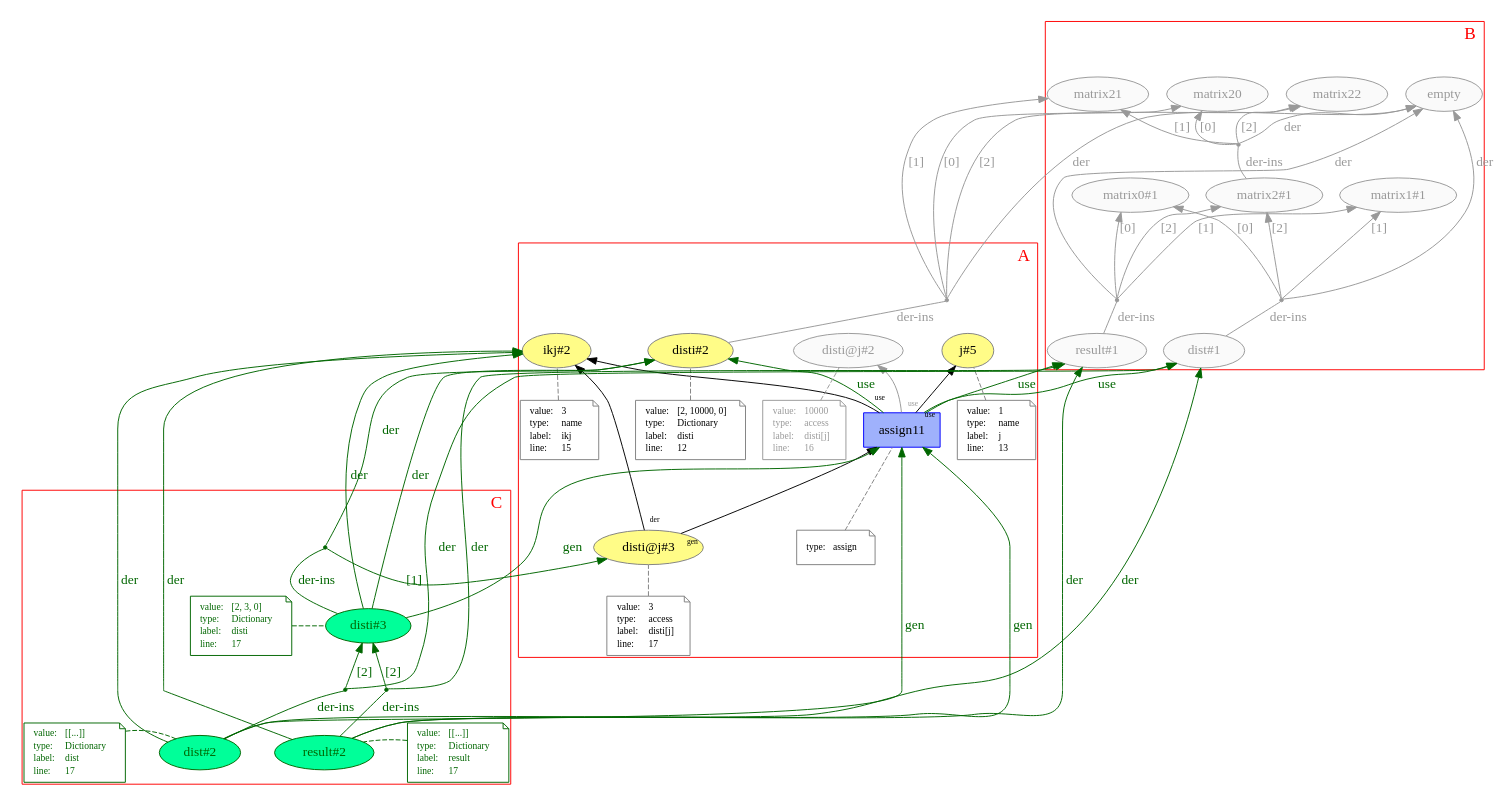
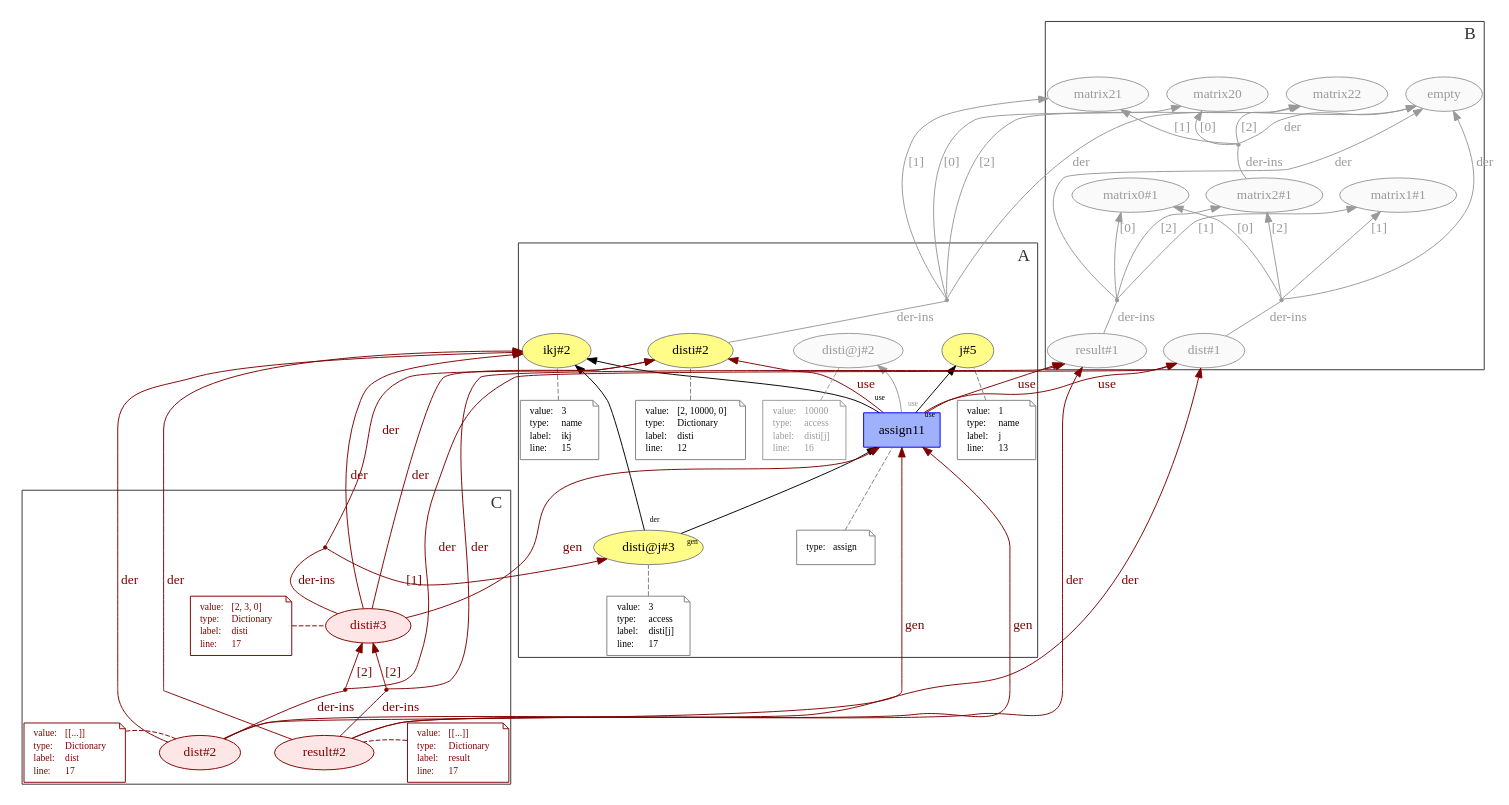
Before and after one commit to dew-uff/versioned-prov: the diagram in generated/paper/prov_dictionary.dot, drawn with Graphviz. The commit also changed 36 other files, not shown here.

```diff
--- a/generated/paper/prov_dictionary.dot
+++ b/generated/paper/prov_dictionary.dot
@@ -6,8 +6,8 @@
     labeljust="r"
     labelloc="b"
     margin="2"
-    color = "red"
-    fontcolor = "red"
+    color = "#333333"
+    fontcolor = "#333333"
     fontsize = "18"
     label = "A";
     "g/disti@j#3"; "g/disti@j#3-attrs"
@@ -26,8 +26,8 @@
     labeljust="r"
     labelloc="b"
     margin="2"
-    color = "red"
-    fontcolor = "red"
+    color = "#333333"
+    fontcolor = "#333333"
     fontsize = "18"
     label = "B";
     "g/matrix0#1"
@@ -49,8 +49,8 @@
     labeljust="r"
     labelloc="b"
     margin="2"
-    color = "red"
-    fontcolor = "red"
+    color = "#333333"
+    fontcolor = "#333333"
     fontsize = "18"
     label = "C";
     "g/disti#3"; "g/disti#3-attrs"
@@ -176,8 +176,8 @@
 	</TR>
 </TABLE>>]
 "g/disti@j#2-attrs" -> "g/disti@j#2" [color="#999999",style="dashed",arrowhead="none",fontcolor="#999999"]
-"g/disti#3" [fillcolor="#00ff99",color="#006600",style="filled",fontcolor="#006600",label="disti#3",URL="g/disti#3"]
-"g/disti#3-attrs" [color="#006600",shape="note",fontsize="10",fontcolor="#006600",label=<<TABLE cellpadding="0" border="0">
+"g/disti#3" [fillcolor="#ffe6e6",color="#800000",style="filled",fontcolor="#800000",label="disti#3",URL="g/disti#3"]
+"g/disti#3-attrs" [color="#800000",shape="note",fontsize="10",fontcolor="#800000",label=<<TABLE cellpadding="0" border="0">
 	<TR>
 	    <TD align="left">value:</TD>
 	    <TD align="left">[2, 3, 0]</TD>
@@ -195,15 +195,15 @@
 	    <TD align="left">17</TD>
 	</TR>
 </TABLE>>]
-"g/disti#3-attrs" -> "g/disti#3" [color="#006600",style="dashed",arrowhead="none",fontcolor="#006600"]
-"bn4" [shape="point",label="",fontcolor="#006600",color="#006600"]
-"g/disti#3" -> "bn4" [labelfontsize="8",labeldistance="1.5",color="#006600",labelangle="60.0",rotation="20",label="der-ins",arrowhead="none",fontcolor="#006600"]
-"bn4" -> "g/disti#2" [labelfontsize="8",labeldistance="1.5",color="#006600",labelangle="60.0",rotation="20",label="der",fontcolor="#006600"]
-"bn4" -> "g/disti@j#3" [labelfontsize="8",labeldistance="1.5",color="#006600",labelangle="60.0",rotation="20",label="[1]",fontcolor="#006600"]
-"g/disti#3" -> "g/disti#2" [labelfontsize="8",labeldistance="1.5",color="#006600",labelangle="60.0",rotation="20",label="der",fontcolor="#006600"]
-"g/disti#3" -> "g/ikj#2" [labelfontsize="8",labeldistance="1.5",color="#006600",labelangle="60.0",rotation="20",label="der",fontcolor="#006600"]
-"g/dist#2" [fillcolor="#00ff99",color="#006600",style="filled",fontcolor="#006600",label="dist#2",URL="g/dist#2"]
-"g/dist#2-attrs" [color="#006600",shape="note",fontsize="10",fontcolor="#006600",label=<<TABLE cellpadding="0" border="0">
+"g/disti#3-attrs" -> "g/disti#3" [color="#800000",style="dashed",arrowhead="none",fontcolor="#800000"]
+"bn4" [shape="point",label="",fontcolor="#800000",color="#800000"]
+"g/disti#3" -> "bn4" [labelfontsize="8",labeldistance="1.5",color="#800000",labelangle="60.0",rotation="20",label="der-ins",arrowhead="none",fontcolor="#800000"]
+"bn4" -> "g/disti#2" [labelfontsize="8",labeldistance="1.5",color="#800000",labelangle="60.0",rotation="20",label="der",fontcolor="#800000"]
+"bn4" -> "g/disti@j#3" [labelfontsize="8",labeldistance="1.5",color="#800000",labelangle="60.0",rotation="20",label="[1]",fontcolor="#800000"]
+"g/disti#3" -> "g/disti#2" [labelfontsize="8",labeldistance="1.5",color="#800000",labelangle="60.0",rotation="20",label="der",fontcolor="#800000"]
+"g/disti#3" -> "g/ikj#2" [labelfontsize="8",labeldistance="1.5",color="#800000",labelangle="60.0",rotation="20",label="der",fontcolor="#800000"]
+"g/dist#2" [fillcolor="#ffe6e6",color="#800000",style="filled",fontcolor="#800000",label="dist#2",URL="g/dist#2"]
+"g/dist#2-attrs" [color="#800000",shape="note",fontsize="10",fontcolor="#800000",label=<<TABLE cellpadding="0" border="0">
 	<TR>
 	    <TD align="left">value:</TD>
 	    <TD align="left">[[...]]</TD>
@@ -221,15 +221,15 @@
 	    <TD align="left">17</TD>
 	</TR>
 </TABLE>>]
-"g/dist#2-attrs" -> "g/dist#2" [color="#006600",style="dashed",arrowhead="none",fontcolor="#006600"]
-"bn5" [shape="point",label="",fontcolor="#006600",color="#006600"]
-"g/dist#2" -> "bn5" [labelfontsize="8",labeldistance="1.5",color="#006600",labelangle="60.0",rotation="20",label="der-ins",arrowhead="none",fontcolor="#006600"]
-"bn5" -> "g/dist#1" [labelfontsize="8",labeldistance="1.5",color="#006600",labelangle="60.0",rotation="20",label="der",fontcolor="#006600"]
-"bn5" -> "g/disti#3" [labelfontsize="8",labeldistance="1.5",color="#006600",labelangle="60.0",rotation="20",label="[2]",fontcolor="#006600"]
-"g/dist#2" -> "g/dist#1" [labelfontsize="8",labeldistance="1.5",color="#006600",labelangle="60.0",rotation="20",label="der",fontcolor="#006600"]
-"g/dist#2" -> "g/ikj#2" [labelfontsize="8",labeldistance="1.5",color="#006600",labelangle="60.0",rotation="20",label="der",fontcolor="#006600"]
-"g/result#2" [fillcolor="#00ff99",color="#006600",style="filled",fontcolor="#006600",label="result#2",URL="g/result#2"]
-"g/result#2-attrs" [color="#006600",shape="note",fontsize="10",fontcolor="#006600",label=<<TABLE cellpadding="0" border="0">
+"g/dist#2-attrs" -> "g/dist#2" [color="#800000",style="dashed",arrowhead="none",fontcolor="#800000"]
+"bn5" [shape="point",label="",fontcolor="#800000",color="#800000"]
+"g/dist#2" -> "bn5" [labelfontsize="8",labeldistance="1.5",color="#800000",labelangle="60.0",rotation="20",label="der-ins",arrowhead="none",fontcolor="#800000"]
+"bn5" -> "g/dist#1" [labelfontsize="8",labeldistance="1.5",color="#800000",labelangle="60.0",rotation="20",label="der",fontcolor="#800000"]
+"bn5" -> "g/disti#3" [labelfontsize="8",labeldistance="1.5",color="#800000",labelangle="60.0",rotation="20",label="[2]",fontcolor="#800000"]
+"g/dist#2" -> "g/dist#1" [labelfontsize="8",labeldistance="1.5",color="#800000",labelangle="60.0",rotation="20",label="der",fontcolor="#800000"]
+"g/dist#2" -> "g/ikj#2" [labelfontsize="8",labeldistance="1.5",color="#800000",labelangle="60.0",rotation="20",label="der",fontcolor="#800000"]
+"g/result#2" [fillcolor="#ffe6e6",color="#800000",style="filled",fontcolor="#800000",label="result#2",URL="g/result#2"]
+"g/result#2-attrs" [color="#800000",shape="note",fontsize="10",fontcolor="#800000",label=<<TABLE cellpadding="0" border="0">
 	<TR>
 	    <TD align="left">value:</TD>
 	    <TD align="left">[[...]]</TD>
@@ -247,13 +247,13 @@
 	    <TD align="left">17</TD>
 	</TR>
 </TABLE>>]
-"g/result#2-attrs" -> "g/result#2" [color="#006600",style="dashed",arrowhead="none",fontcolor="#006600"]
-"bn6" [shape="point",label="",fontcolor="#006600",color="#006600"]
-"g/result#2" -> "bn6" [labelfontsize="8",labeldistance="1.5",color="#006600",labelangle="60.0",rotation="20",label="der-ins",arrowhead="none",fontcolor="#006600"]
-"bn6" -> "g/result#1" [labelfontsize="8",labeldistance="1.5",color="#006600",labelangle="60.0",rotation="20",label="der",fontcolor="#006600"]
-"bn6" -> "g/disti#3" [labelfontsize="8",labeldistance="1.5",color="#006600",labelangle="60.0",rotation="20",label="[2]",fontcolor="#006600"]
-"g/result#2" -> "g/result#1" [labelfontsize="8",labeldistance="1.5",color="#006600",labelangle="60.0",rotation="20",label="der",fontcolor="#006600"]
-"g/result#2" -> "g/ikj#2" [labelfontsize="8",labeldistance="1.5",color="#006600",labelangle="60.0",rotation="20",label="der",fontcolor="#006600"]
+"g/result#2-attrs" -> "g/result#2" [color="#800000",style="dashed",arrowhead="none",fontcolor="#800000"]
+"bn6" [shape="point",label="",fontcolor="#800000",color="#800000"]
+"g/result#2" -> "bn6" [labelfontsize="8",labeldistance="1.5",color="#800000",labelangle="60.0",rotation="20",label="der-ins",arrowhead="none",fontcolor="#800000"]
+"bn6" -> "g/result#1" [labelfontsize="8",labeldistance="1.5",color="#800000",labelangle="60.0",rotation="20",label="der",fontcolor="#800000"]
+"bn6" -> "g/disti#3" [labelfontsize="8",labeldistance="1.5",color="#800000",labelangle="60.0",rotation="20",label="[2]",fontcolor="#800000"]
+"g/result#2" -> "g/result#1" [labelfontsize="8",labeldistance="1.5",color="#800000",labelangle="60.0",rotation="20",label="der",fontcolor="#800000"]
+"g/result#2" -> "g/ikj#2" [labelfontsize="8",labeldistance="1.5",color="#800000",labelangle="60.0",rotation="20",label="der",fontcolor="#800000"]
 "g/disti@j#3" [fillcolor="#FFFC87",color="#808080",style="filled",label="disti@j#3",URL="g/disti@j#3"]
 "g/disti@j#3-attrs" [color="gray",shape="note",fontsize="10",fontcolor="black",label=<<TABLE cellpadding="0" border="0">
 	<TR>
@@ -291,12 +291,12 @@
 {rank=same "g/disti#3" "g/disti#3-attrs"}
 {rank=same "bn3" "bn2"}
 "g/dist#2-attrs" -> "g/dist#2" -> "g/result#2" -> "g/result#2-attrs" [style="invis"]
-"g/assign11" -> "g/result#1" [labelfontsize="8",labeldistance="1.5",color="#006600",labelangle="60.0",rotation="20",label="use",fontcolor="#006600"]
-"g/assign11" -> "g/disti#2" [labelfontsize="8",labeldistance="1.5",color="#006600",labelangle="60.0",rotation="20",label="use",fontcolor="#006600"]
 "g/assign11" -> "g/ikj#2" [labelfontsize="8",labeldistance="1.5",labelangle="60.0",rotation="20",taillabel="use"]
-"g/assign11" -> "g/dist#1" [labelfontsize="8",labeldistance="1.5",color="#006600",labelangle="60.0",rotation="20",label="use",fontcolor="#006600"]
+"g/assign11" -> "g/dist#1" [labelfontsize="8",labeldistance="1.5",color="#800000",labelangle="60.0",rotation="20",label="use",fontcolor="#800000"]
+"g/assign11" -> "g/disti#2" [labelfontsize="8",labeldistance="1.5",color="#800000",labelangle="60.0",rotation="20",label="use",fontcolor="#800000"]
+"g/assign11" -> "g/result#1" [labelfontsize="8",labeldistance="1.5",color="#800000",labelangle="60.0",rotation="20",label="use",fontcolor="#800000"]
+"g/result#2" -> "g/assign11" [labelfontsize="8",labeldistance="1.5",color="#800000",labelangle="60.0",rotation="20",label="gen",fontcolor="#800000"]
+"g/dist#2" -> "g/assign11" [labelfontsize="8",labeldistance="1.5",color="#800000",labelangle="60.0",rotation="20",label="gen",fontcolor="#800000"]
+"g/disti#3" -> "g/assign11" [labelfontsize="8",labeldistance="1.5",color="#800000",labelangle="60.0",rotation="20",label="gen",fontcolor="#800000"]
 "g/disti@j#3" -> "g/assign11" [labelfontsize="8",labeldistance="1.5",labelangle="60.0",rotation="20",taillabel="gen"]
-"g/dist#2" -> "g/assign11" [labelfontsize="8",labeldistance="1.5",color="#006600",labelangle="60.0",rotation="20",label="gen",fontcolor="#006600"]
-"g/result#2" -> "g/assign11" [labelfontsize="8",labeldistance="1.5",color="#006600",labelangle="60.0",rotation="20",label="gen",fontcolor="#006600"]
-"g/disti#3" -> "g/assign11" [labelfontsize="8",labeldistance="1.5",color="#006600",labelangle="60.0",rotation="20",label="gen",fontcolor="#006600"]
 }
```
